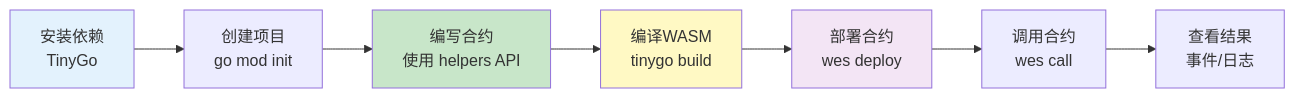
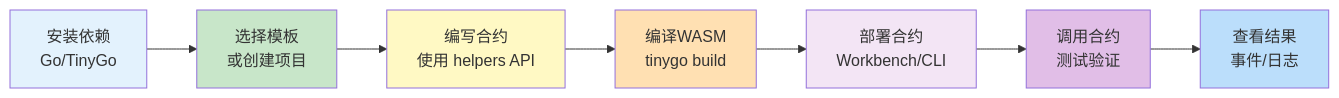
Before and after one commit to weisyn/contract-sdk-go: the first of 5 diagrams in docs/DEVELOPER_GUIDE.md, drawn with Mermaid. The commit also changed other lines of this file and 5 other files, not shown here.

````diff
--- a/docs/DEVELOPER_GUIDE.md
+++ b/docs/DEVELOPER_GUIDE.md
@@ -13,14 +32,17 @@
 ```mermaid
 graph LR
-    A[安装依赖<br/>TinyGo] --> B[创建项目<br/>go mod init]
+    A[安装依赖<br/>Go/TinyGo] --> B[选择模板<br/>或创建项目]
     B --> C[编写合约<br/>使用 helpers API]
     C --> D[编译WASM<br/>tinygo build]
-    D --> E[部署合约<br/>wes deploy]
-    E --> F[调用合约<br/>wes call]
+    D --> E[部署合约<br/>Workbench/CLI]
+    E --> F[调用合约<br/>测试验证]
     F --> G[查看结果<br/>事件/日志]
     
     style A fill:#E3F2FD
-    style C fill:#C8E6C9
-    style D fill:#FFF9C4
+    style B fill:#C8E6C9
+    style C fill:#FFF9C4
+    style D fill:#FFE0B2
     style E fill:#F3E5F5
+    style F fill:#E1BEE7
+    style G fill:#BBDEFB
 ```
````
